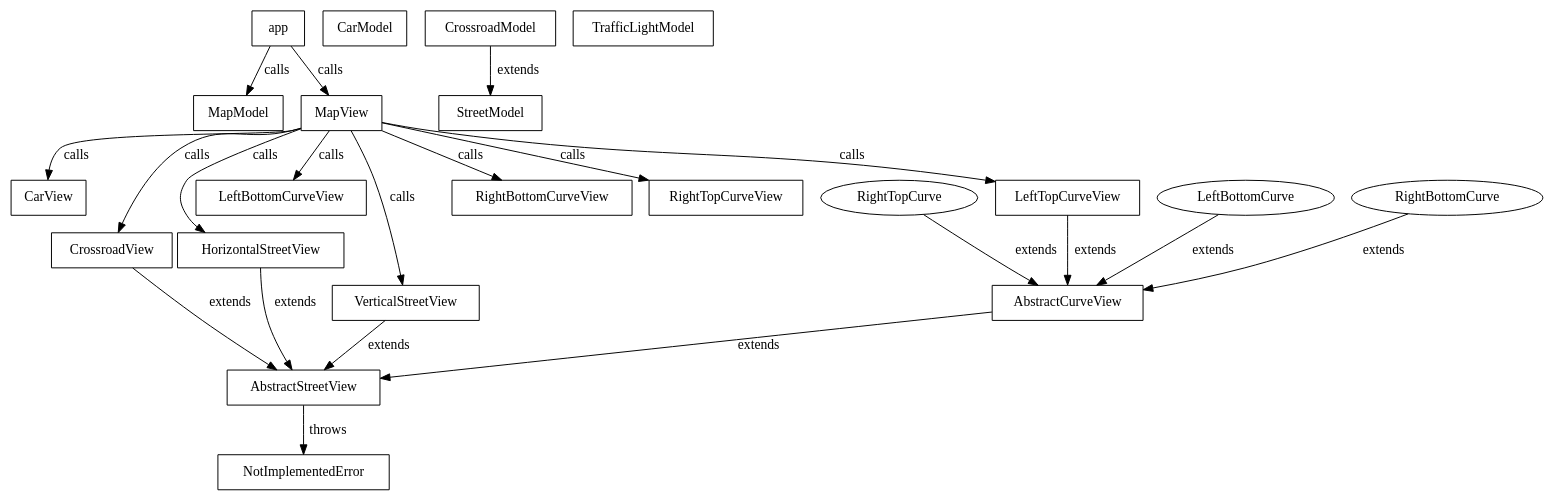
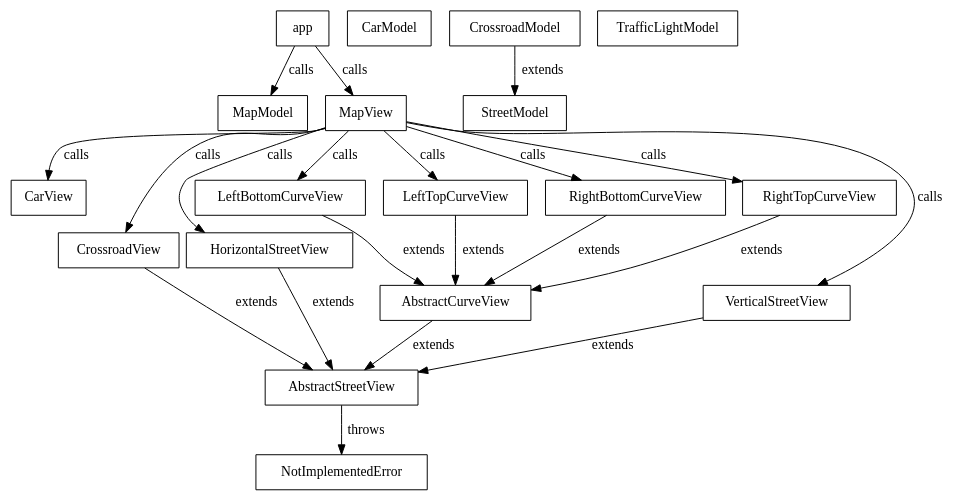
Before and after one commit to Ryuno-Ki/js13kgames-2016: the diagram in dependencies.dot, drawn with Graphviz. The commit also changed 1 other file, not shown here.

```diff
--- a/dependencies.dot
+++ b/dependencies.dot
@@ -1,41 +1,41 @@
 digraph G {
     app [shape=box];
     AbstractCurveView [shape=box];
     AbstractStreetView [shape=box];
     CarModel [shape=box];
     CarView [shape=box];
     CrossroadModel [shape=box];
     CrossroadView [shape=box];
     HorizontalStreetView [shape=box];
     LeftBottomCurveView [shape=box];
     LeftTopCurveView [shape=box];
     MapModel [shape=box];
     MapView [shape=box];
     NotImplementedError [shape=box];
     RightBottomCurveView [shape=box];
     RightTopCurveView [shape=box];
     StreetModel [shape=box];
     TrafficLightModel [shape=box];
     VerticalStreetView [shape=box];
 
     AbstractCurveView -> AbstractStreetView [label="extends"];
     AbstractStreetView -> NotImplementedError [label="throws"];
     app -> MapModel [label="calls"];
     app -> MapView [label="calls"];
     CrossroadModel -> StreetModel [label="extends"];
     CrossroadView -> AbstractStreetView [label="extends"];
     HorizontalStreetView -> AbstractStreetView [label="extends"];
-    LeftBottomCurve -> AbstractCurveView [label="extends"];
+    LeftBottomCurveView -> AbstractCurveView [label="extends"];
     LeftTopCurveView -> AbstractCurveView [label="extends"];
     MapView -> CarView [label="calls"];
     MapView -> CrossroadView [label="calls"];
     MapView -> HorizontalStreetView [label="calls"];
     MapView -> LeftBottomCurveView [label="calls"];
     MapView -> LeftTopCurveView [label="calls"];
     MapView -> RightBottomCurveView [label="calls"];
     MapView -> RightTopCurveView [label="calls"];
     MapView -> VerticalStreetView [label="calls"];
-    RightBottomCurve -> AbstractCurveView [label="extends"];
-    RightTopCurve -> AbstractCurveView [label="extends"];
+    RightBottomCurveView -> AbstractCurveView [label="extends"];
+    RightTopCurveView -> AbstractCurveView [label="extends"];
     VerticalStreetView -> AbstractStreetView [label="extends"];
 }
```
